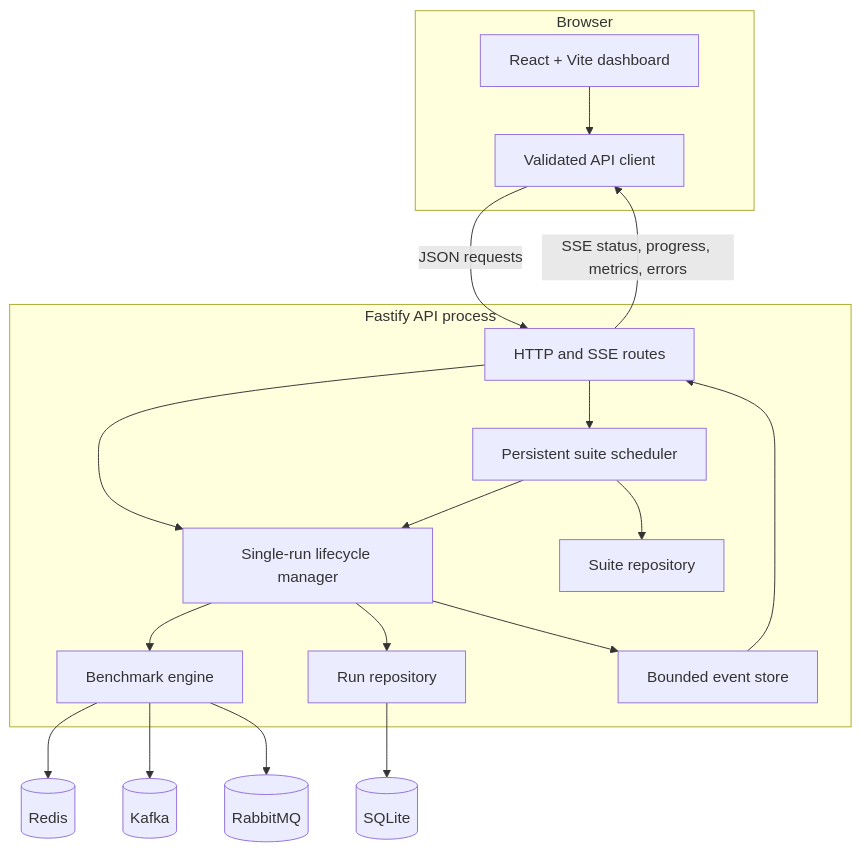
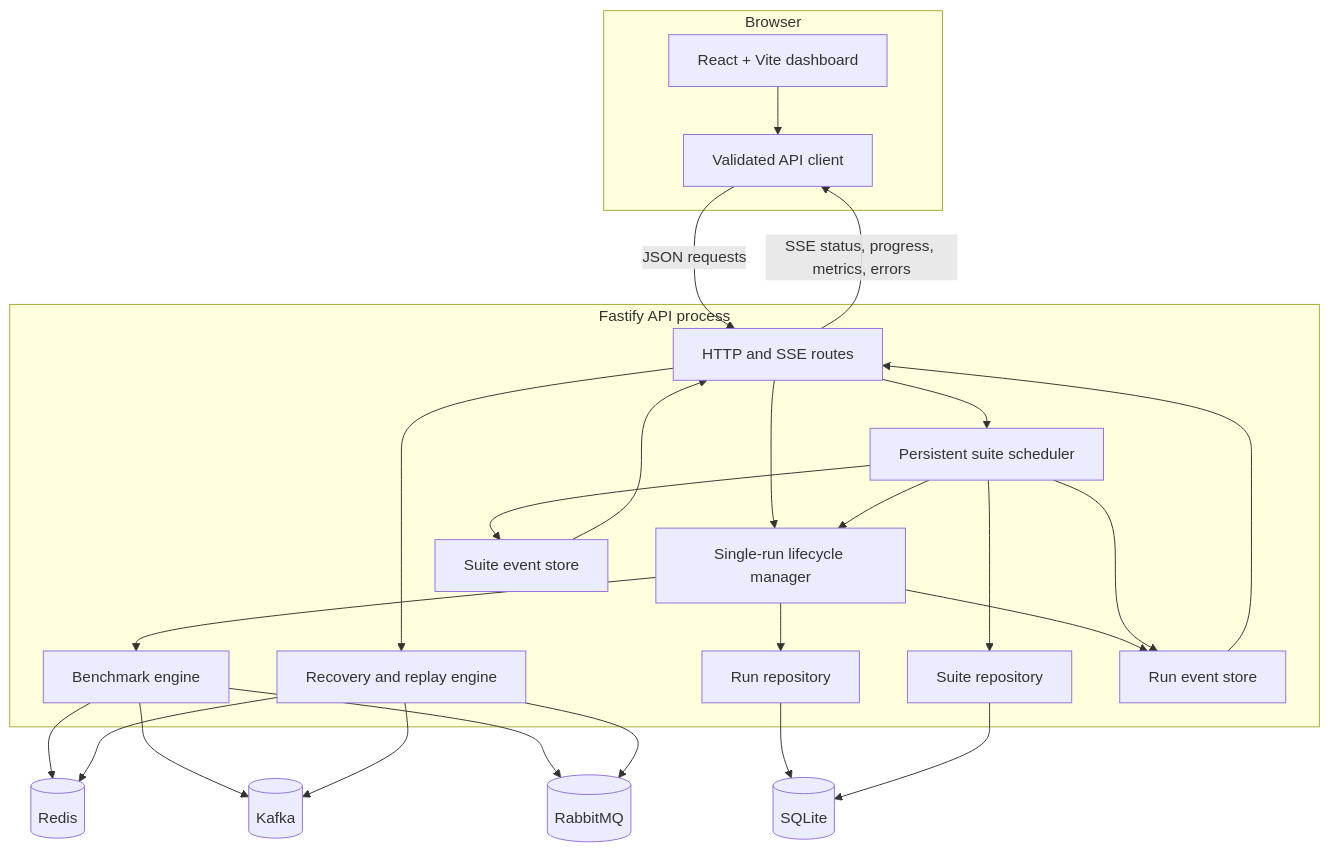
The first of 7 diagrams in docs/architecture.md (viniciuspizettadesouza/messaging-lab), drawn with Mermaid before and after one commit. The commit also changed other lines of this file and 15 other files, not shown here.

Commit message:
docs: publish experiment, architecture, and contributor guidance

````diff
--- a/docs/architecture.md
+++ b/docs/architecture.md
@@ -5,30 +5,39 @@
 ```mermaid
 flowchart TB
     subgraph Browser
       UI[React + Vite dashboard]
       Client[Validated API client]
       UI --> Client
     end
 
     subgraph API[Fastify API process]
       Routes[HTTP and SSE routes]
       Manager[Single-run lifecycle manager]
       Scheduler[Persistent suite scheduler]
       Engine[Benchmark engine]
-      Repo[Run repository]
+      Recovery[Recovery and replay engine]
+      RunRepo[Run repository]
       SuiteRepo[Suite repository]
-      Events[Bounded event store]
+      RunEvents[Run event store]
+      SuiteEvents[Suite event store]
       Routes --> Manager --> Engine
+      Routes --> Recovery
       Routes --> Scheduler --> Manager
       Scheduler --> SuiteRepo
-      Manager --> Repo
-      Manager --> Events --> Routes
+      Manager --> RunRepo
+      Manager --> RunEvents --> Routes
+      Scheduler --> RunEvents
+      Scheduler --> SuiteEvents --> Routes
     end
 
     Client -->|JSON requests| Routes
     Routes -->|SSE status, progress, metrics, errors| Client
-    Repo --> SQLite[(SQLite)]
+    RunRepo --> SQLite[(SQLite)]
+    SuiteRepo --> SQLite
     Engine --> Redis[(Redis)]
     Engine --> Kafka[(Kafka)]
     Engine --> RabbitMQ[(RabbitMQ)]
+    Recovery --> Redis
+    Recovery --> Kafka
+    Recovery --> RabbitMQ
 ```
````
